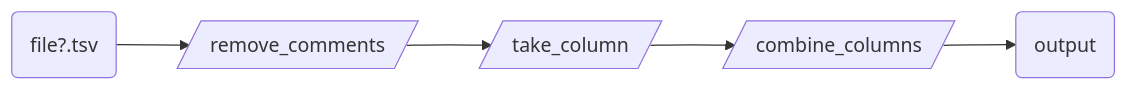
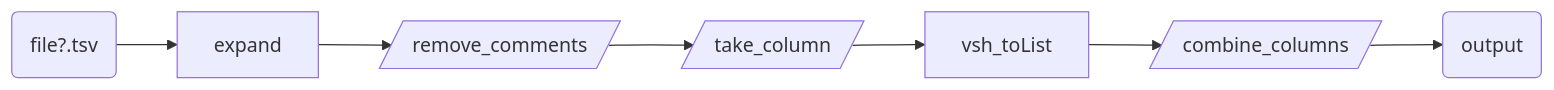
Before and after one commit to viash-io/website: the diagram in guide/nextflow_vdsl3/create-a-pipeline.qmd, drawn with Mermaid. The commit also changed other lines of this file, not shown here.

````diff
--- a/guide/nextflow_vdsl3/create-a-pipeline.qmd
+++ b/guide/nextflow_vdsl3/create-a-pipeline.qmd
@@ -29,7 +29,7 @@
 ```{mermaid}
 graph LR
-   A(file?.tsv) --> B[/remove_comments/]
+   A(file?.tsv) --> X[expand] --> B[/remove_comments/]
    B --> C[/take_column/]
-   C --> D[/combine_columns/]
+   C --> Y[vsh_toList] --> D[/combine_columns/]
    D --> E(output)
 ```
````
